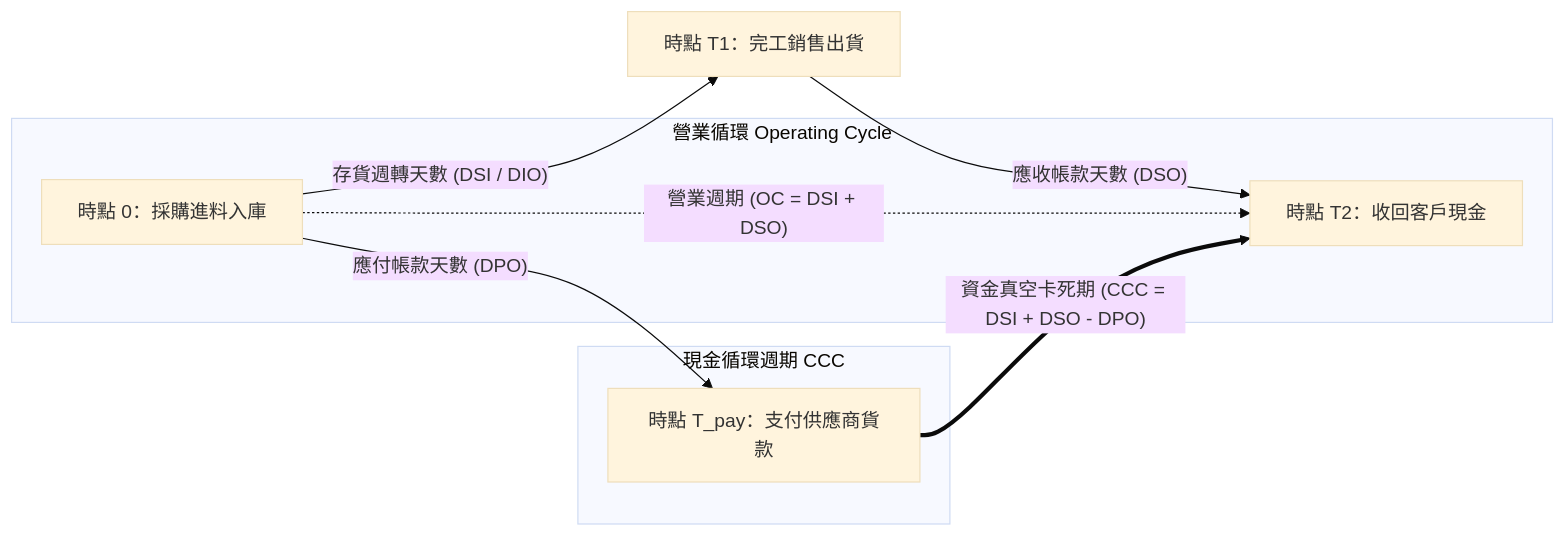
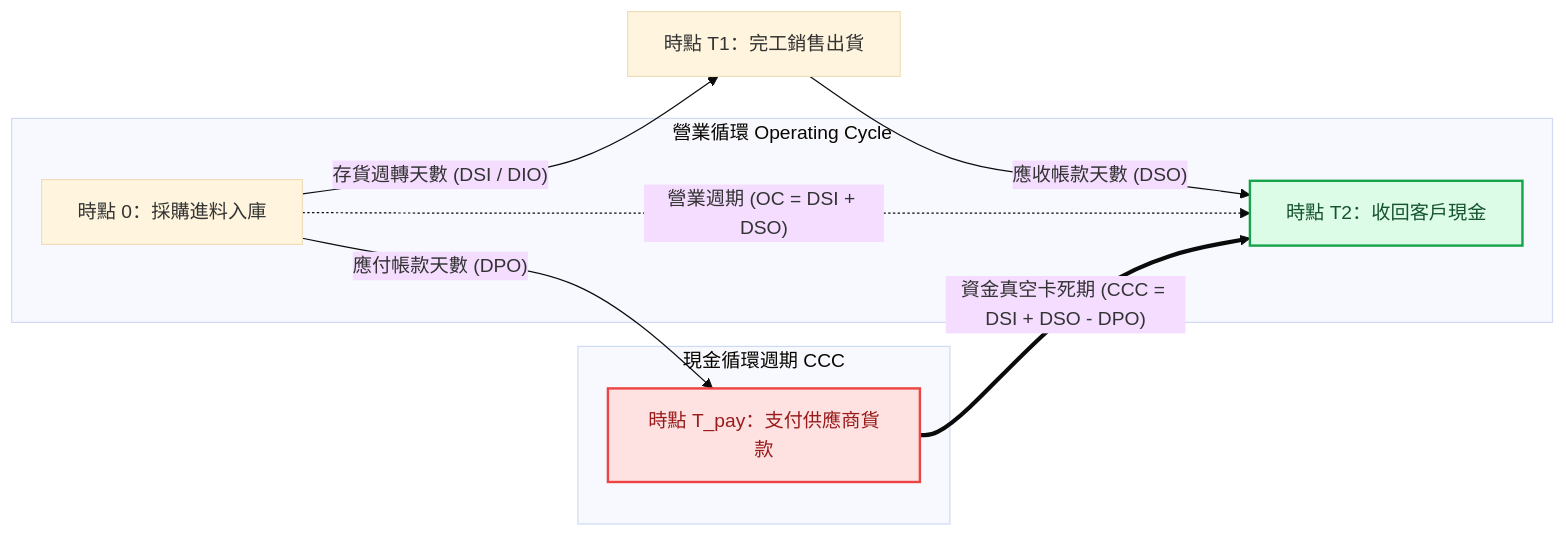
Before and after one commit to Jimlin0428/my-digital-garden: the second of 2 diagrams in src/site/notes/04_主題選修/10_創業與企業財務策略/02_模組筆記/Module_2_產品創新與精實驗證/M2-1_精實產品開發與服務創新驗證.md, drawn with Mermaid (base theme). The commit also changed other lines of this file and 99 other files, not shown here.

````diff
--- a/src/site/notes/04_主題選修/10_創業與企業財務策略/02_模組筆記/Module_2_產品創新與精實驗證/M2-1_精實產品開發與服務創新驗證.md
+++ b/src/site/notes/04_主題選修/10_創業與企業財務策略/02_模組筆記/Module_2_產品創新與精實驗證/M2-1_精實產品開發與服務創新驗證.md
@@ -180,15 +191,18 @@
 ```mermaid
 flowchart LR
     P0["時點 0：採購進料入庫"] -->|"存貨週轉天數 (DSI / DIO)"| P1["時點 T1：完工銷售出貨"]
     P1 -->|"應收帳款天數 (DSO)"| P2["時點 T2：收回客戶現金"]
     
     P0 -->|"應付帳款天數 (DPO)"| Pay["時點 T_pay：支付供應商貨款"]
     
     subgraph 營業循環 Operating Cycle
         P0 -.->|"營業週期 (OC = DSI + DSO)"| P2
     end
     
     subgraph 現金循環週期 CCC
         Pay ==>|"資金真空卡死期 (CCC = DSI + DSO - DPO)"| P2
     end
+
+    style Pay fill:#fee2e2,stroke:#ef4444,stroke-width:2px,color:#991b1b
+    style P2 fill:#dcfce7,stroke:#16a34a,stroke-width:2px,color:#14532d
 ```
````
